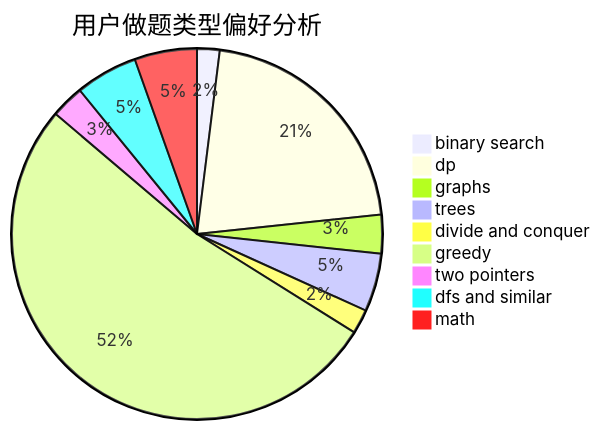
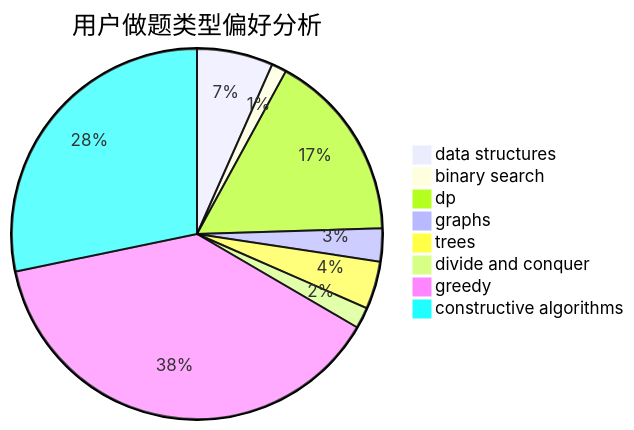
Before and after one commit to sherpahu/cfrs.github.io: the second of 3 diagrams in docs/user/u1768.md, drawn with Mermaid. The commit also changed other lines of this file and 2775 other files, not shown here.

````diff
--- a/docs/user/u1768.md
+++ b/docs/user/u1768.md
@@ -23,12 +23,11 @@
 ```mermaid
 pie title 用户做题类型偏好分析
-    "binary search" :  38
-    "dp" :  412
-    "graphs" :  65
-    "trees" :  98
+    "data structures" :  147
+    "binary search" :  29
+    "dp" :  366
+    "graphs" :  64
+    "trees" :  92
     "divide and conquer" :  41
-    "greedy" :  1009
-    "two pointers" :  56
-    "dfs and similar" :  105
-    "math" :  105
+    "greedy" :  848
+    "constructive algorithms" :  625
 ```
````
